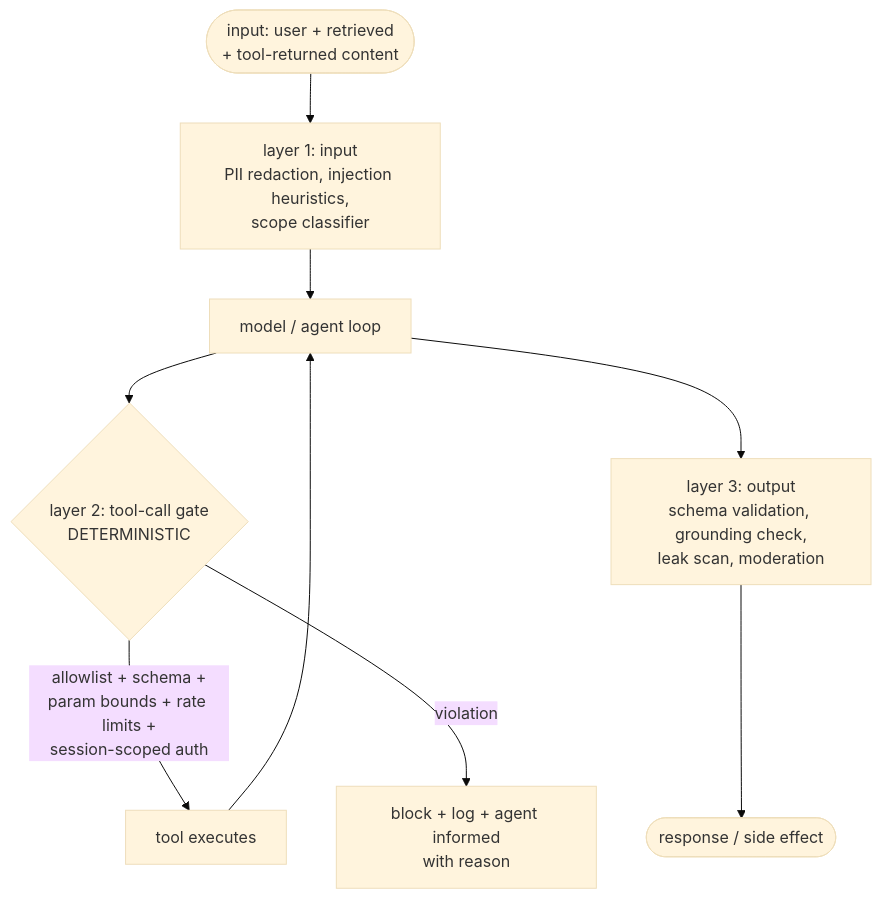
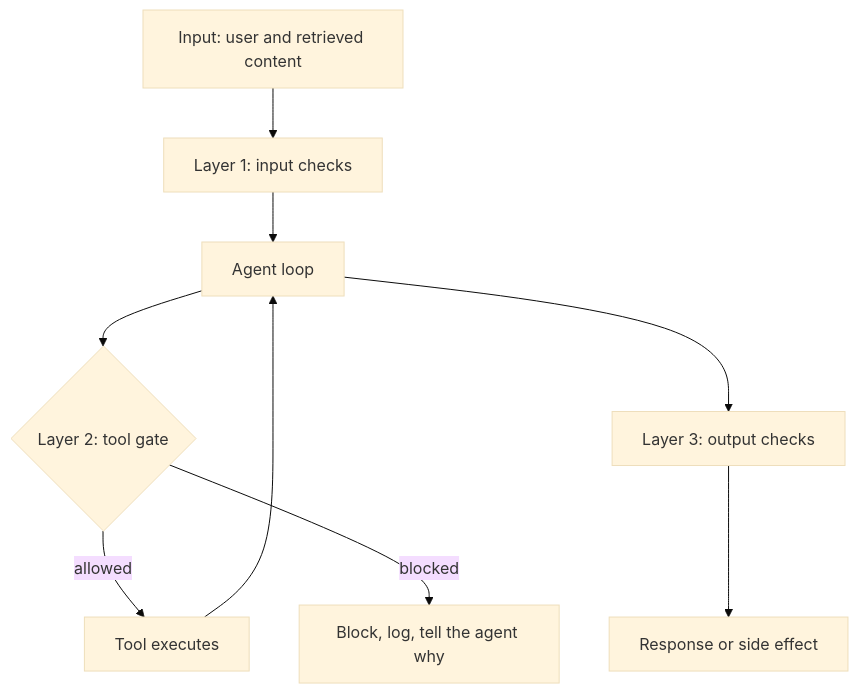
The fifth of 11 diagrams in data/blog/ai-engineers-swiss-knife.mdx (ashimsharma10/ashimsharma10.github.io), drawn with Mermaid (base theme) before and after one commit. The commit also changed other lines of this file and 3 other files, not shown here.

Commit message:
Simplify Swiss Knife write-up: plain prose, no dashes, readable flowcharts, less code

````diff
--- a/data/blog/ai-engineers-swiss-knife.mdx
+++ b/data/blog/ai-engineers-swiss-knife.mdx
@@ -753,11 +637,11 @@
 ```mermaid
 flowchart TD
-    IN([input: user + retrieved\n+ tool-returned content]) --> L1[layer 1: input\nPII redaction, injection heuristics,\nscope classifier]
-    L1 --> M[model / agent loop]
-    M --> L2{layer 2: tool-call gate\nDETERMINISTIC}
-    L2 -->|allowlist + schema +\nparam bounds + rate limits +\nsession-scoped auth| T[tool executes]
-    L2 -->|violation| B[block + log + agent informed\nwith reason]
+    IN[Input: user and retrieved content] --> L1[Layer 1: input checks]
+    L1 --> M[Agent loop]
+    M --> L2{Layer 2: tool gate}
+    L2 -->|allowed| T[Tool executes]
+    L2 -->|blocked| B[Block, log, tell the agent why]
     T --> M
-    M --> L3[layer 3: output\nschema validation, grounding check,\nleak scan, moderation]
-    L3 --> OUT([response / side effect])
+    M --> L3[Layer 3: output checks]
+    L3 --> OUT[Response or side effect]
 ```
````
